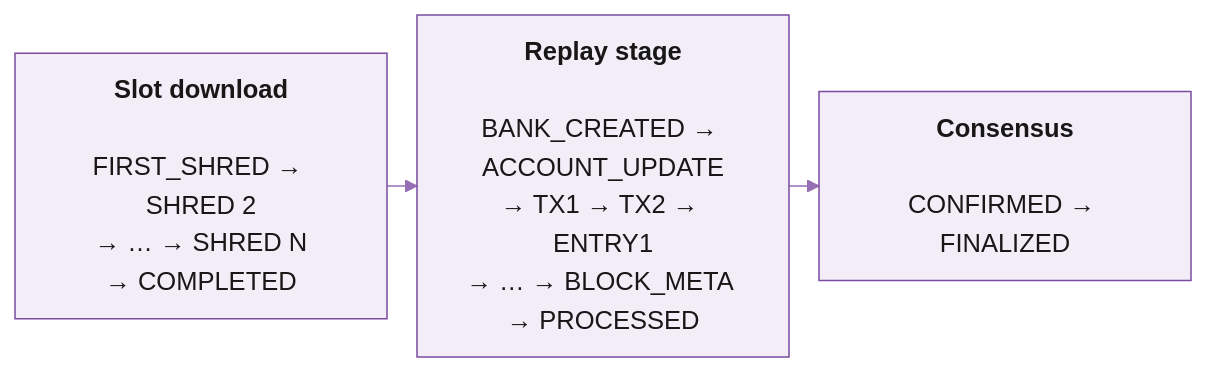
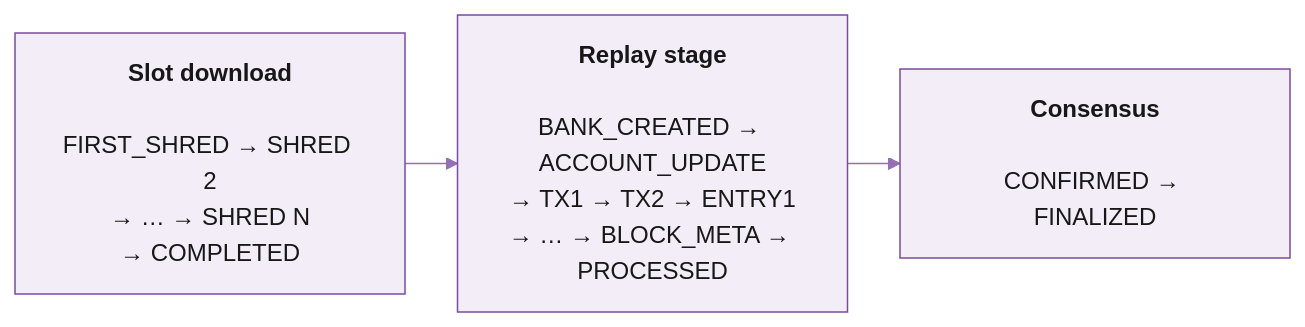
One commit to praptisharma28/triton-docs-v5 changed the diagram in documentation/real-time-streaming/dragon-s-mouth-grpc.md. Above: the diagram before and after it, drawn with Mermaid. The commit also changed 5 other files, not shown here.

Commit message:
Definitive Triton chart style: one shared init (palette + 20/35 spacing), all flowchart LR (horizontal + minimal vertical), unified 'Your app' blue box; collapse Cloudbreak inputs + Fumarole nodes into single boxes; standardize Deshred + intra-slot init

````diff
--- a/documentation/real-time-streaming/dragon-s-mouth-grpc.md
+++ b/documentation/real-time-streaming/dragon-s-mouth-grpc.md
@@ -1184,5 +1184,5 @@
 ```mermaid
-%%{init: {'theme':'base','themeVariables':{'fontSize':'17px','primaryColor':'#F2EDF6','primaryBorderColor':'#7A4BA0','primaryTextColor':'#171717','lineColor':'#956FB3','edgeLabelBackground':'transparent'},'flowchart':{'nodeSpacing':12,'rankSpacing':20,'padding':12,'curve':'linear'}}}%%
+%%{init: {'theme':'base','themeVariables':{'primaryColor':'#F2EDF6','primaryBorderColor':'#7A4BA0','primaryTextColor':'#171717','lineColor':'#956FB3','secondaryColor':'#E4DBEC','tertiaryColor':'#D7C9E3'},'flowchart':{'nodeSpacing':20,'rankSpacing':35,'curve':'linear'}}}%%
 flowchart LR
     SD["<b>Slot download</b><br/><br/>FIRST_SHRED → SHRED 2<br/>→ … → SHRED N<br/>→ COMPLETED"] --> RS["<b>Replay stage</b><br/><br/>BANK_CREATED → ACCOUNT_UPDATE<br/>→ TX1 → TX2 → ENTRY1<br/>→ … → BLOCK_META → PROCESSED"] --> CN["<b>Consensus</b><br/><br/>CONFIRMED → FINALIZED"]
 ```
````
